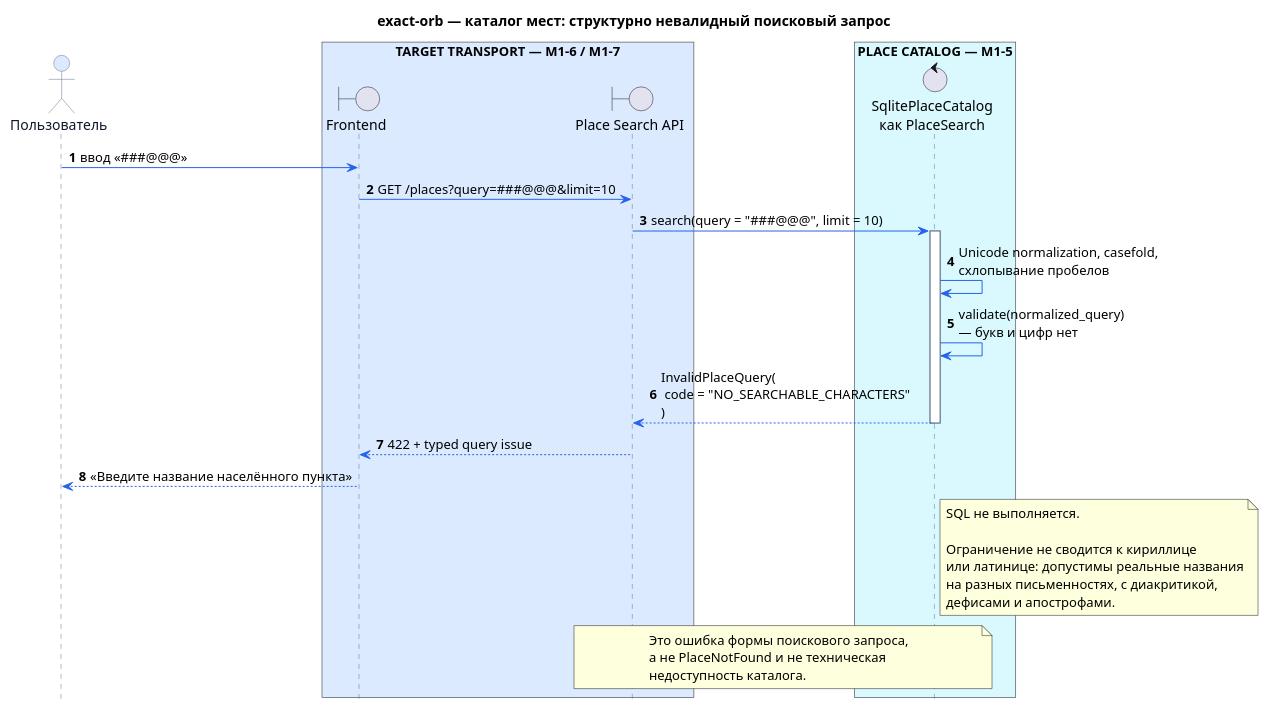
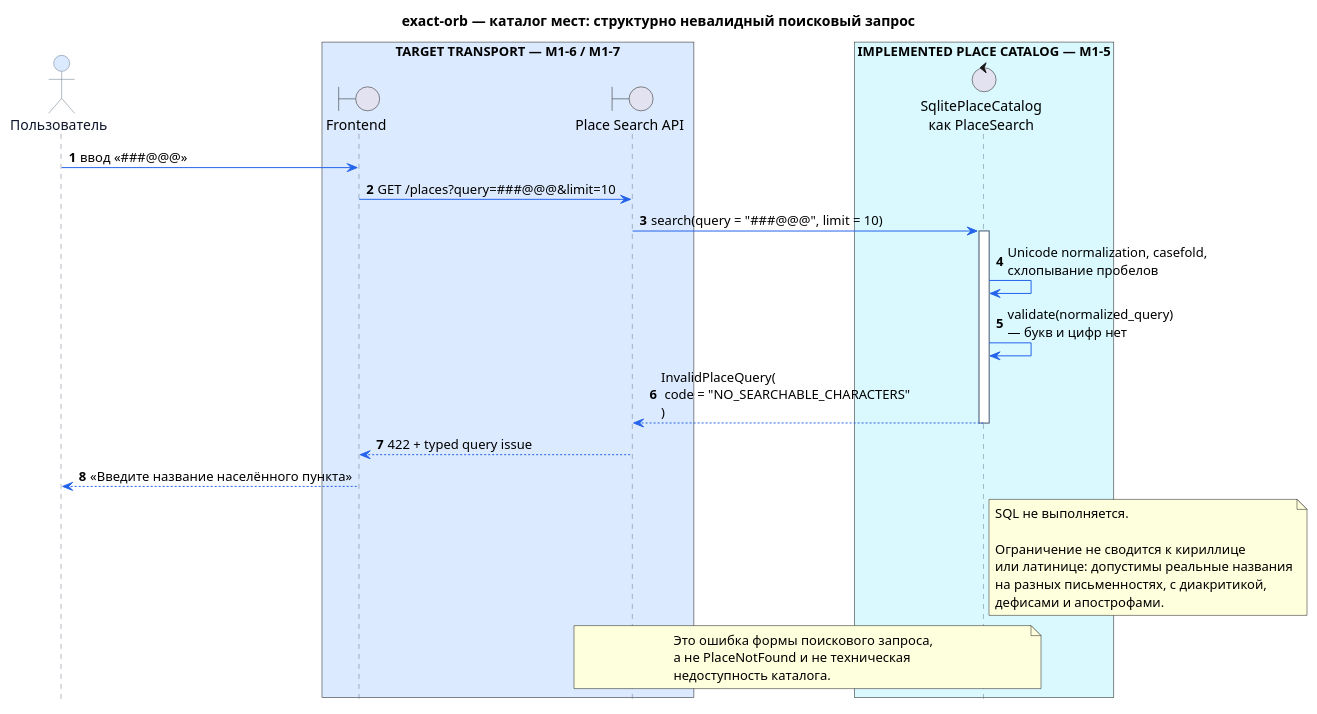
Before and after one commit to ksenia-baranova/exact-orb-demo: the diagram in docs/sequence_diagrams/place_catalog/002-search-place-invalid-query.puml, drawn with PlantUML. The commit also changed 15 other files, not shown here.

First line of the commit message:
test(place-catalog): complete end-to-end acceptance

```diff
--- a/docs/sequence_diagrams/place_catalog/002-search-place-invalid-query.puml
+++ b/docs/sequence_diagrams/place_catalog/002-search-place-invalid-query.puml
@@ -1,75 +1,75 @@
 @startuml
 title exact-orb — каталог мест: структурно невалидный поисковый запрос
 
 autonumber
 hide footbox
 
 skinparam shadowing false
 skinparam responseMessageBelowArrow true
 
 skinparam sequence {
     ArrowColor #2563EB
     LifeLineBorderColor #64748B
     LifeLineBackgroundColor #FFFFFF
 
     ParticipantBorderColor #64748B
     ParticipantFontColor #0F172A
     ParticipantBackgroundColor #F8FAFC
 
     ActorBorderColor #64748B
     ActorFontColor #0F172A
     ActorBackgroundColor #DBEAFE
 
     GroupBorderColor #94A3B8
     GroupHeaderFontColor #1E293B
 
     DividerBorderColor #94A3B8
     DividerFontColor #1E293B
 
     NoteBorderColor #94A3B8
     NoteBackgroundColor #FFFBEA
     NoteFontColor #334155
 }
 
 actor "Пользователь" as User
 
 box "TARGET TRANSPORT — M1-6 / M1-7" #DBEAFE
     boundary "Frontend" as FE
     boundary "Place Search API" as API
 end box
 
-box "PLACE CATALOG — M1-5" #D9F9FF
+box "IMPLEMENTED PLACE CATALOG — M1-5" #D9F9FF
     control "SqlitePlaceCatalog\nкак PlaceSearch" as Catalog
 end box
 
 
 User -> FE : ввод «###@@@»
 FE -> API : GET /places?query=###@@@&limit=10
 API -> Catalog : search(query = "###@@@", limit = 10)
 activate Catalog
 
 Catalog -> Catalog : Unicode normalization, casefold,\nсхлопывание пробелов
 Catalog -> Catalog : validate(normalized_query)\n— букв и цифр нет
 
 Catalog --> API : InvalidPlaceQuery(\n code = "NO_SEARCHABLE_CHARACTERS"\n)
 deactivate Catalog
 
 API --> FE : 422 + typed query issue
 FE --> User : «Введите название населённого пункта»
 
 note right of Catalog
 SQL не выполняется.
 
 Ограничение не сводится к кириллице
 или латинице: допустимы реальные названия
 на разных письменностях, с диакритикой,
 дефисами и апострофами.
 end note
 
 note over API, Catalog
 Это ошибка формы поискового запроса,
 а не PlaceNotFound и не техническая
 недоступность каталога.
 end note
 
 @enduml
```
